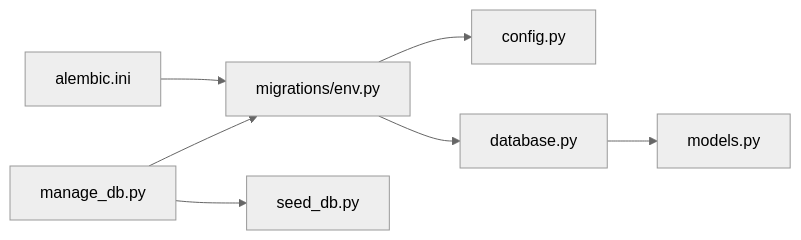
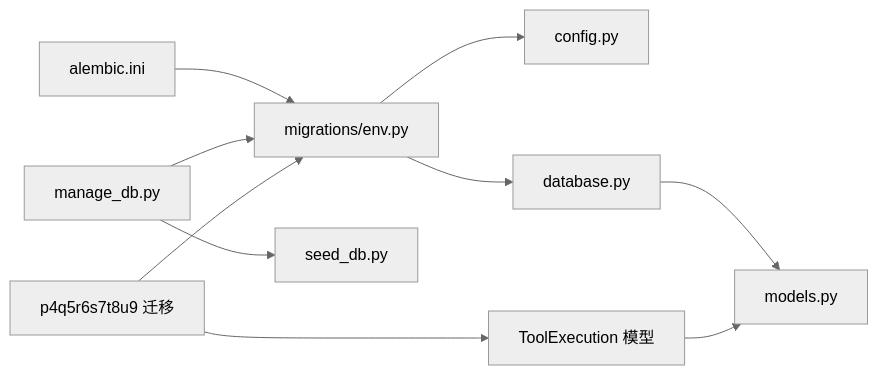
The sixth of 6 diagrams in .qoder/repowiki/zh/content/数据库设计/数据库迁移管理.md (KunLabAI/KunFlix), drawn with Mermaid (neutral theme) before and after one commit. The commit also changed other lines of this file and 15 other files, not shown here.

````diff
--- a/.qoder/repowiki/zh/content/数据库设计/数据库迁移管理.md
+++ b/.qoder/repowiki/zh/content/数据库设计/数据库迁移管理.md
@@ -252,9 +317,12 @@
 ```mermaid
 graph LR
 A["alembic.ini"] --> B["migrations/env.py"]
 B --> C["config.py"]
 B --> D["database.py"]
 D --> E["models.py"]
 F["manage_db.py"] --> B
 F --> G["seed_db.py"]
+H["ToolExecution 模型"] --> E
+I["p4q5r6s7t8u9 迁移"] --> B
+I --> H
 ```
````
